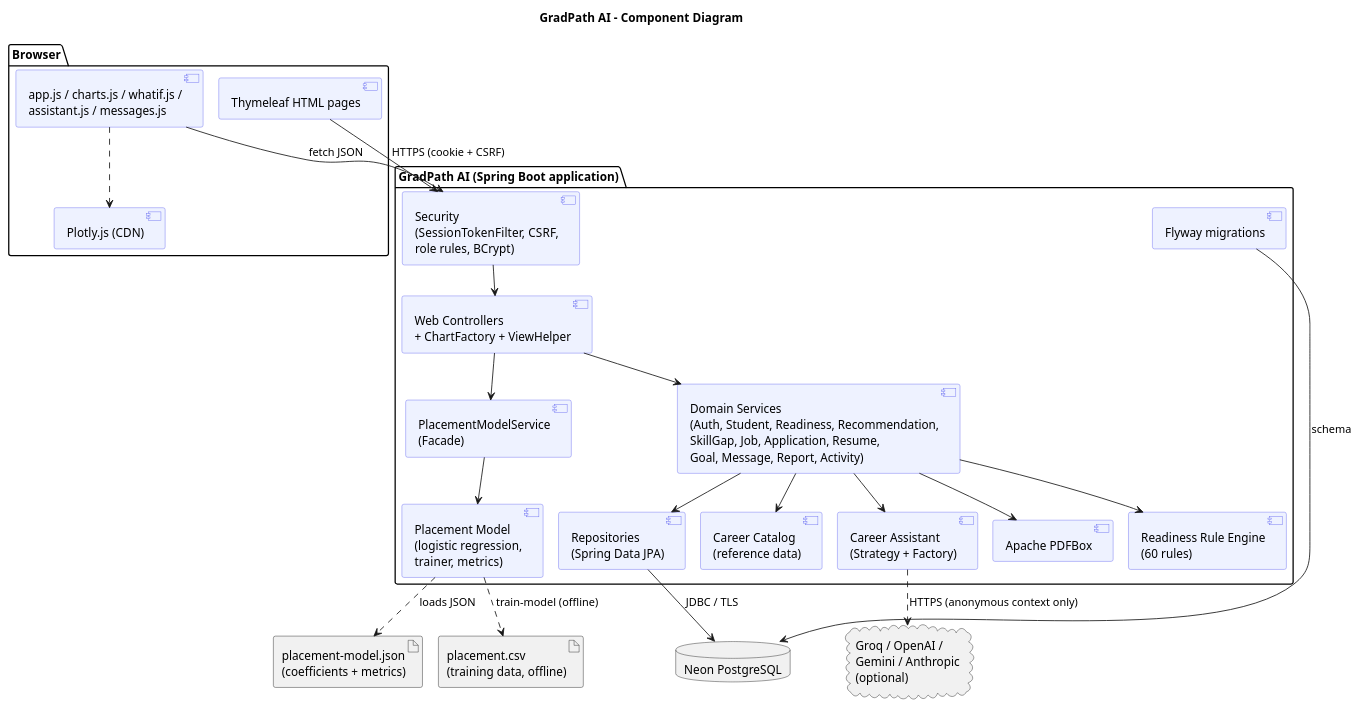
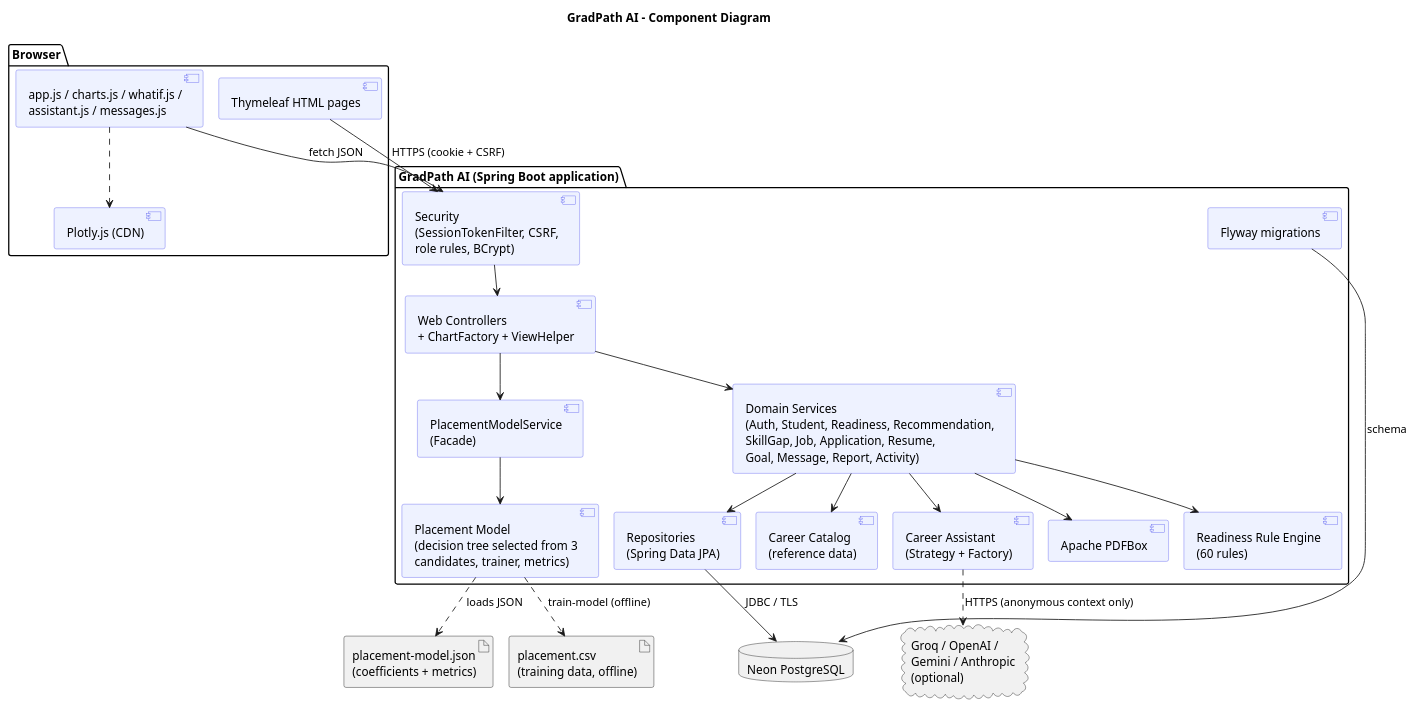
One commit to HamnaAliKhan/grad-path-ai changed the diagram in report/uml/05_component.puml. Above: the diagram before and after it, drawn with PlantUML. The commit also changed 29 other files, not shown here.

First line of the commit message:
Add OOAD report and fix About the Model charts for tree models

```diff
--- a/report/uml/05_component.puml
+++ b/report/uml/05_component.puml
@@ -1,51 +1,51 @@
 @startuml 05_component
 !pragma layout smetana
 title GradPath AI - Component Diagram
 skinparam component {
   BackgroundColor #EEF2FF
   BorderColor #6366F1
 }
 
 package "Browser" {
   [Thymeleaf HTML pages] as Pages
   [app.js / charts.js / whatif.js /\nassistant.js / messages.js] as JS
   [Plotly.js (CDN)] as Plotly
 }
 
 package "GradPath AI (Spring Boot application)" {
   [Security\n(SessionTokenFilter, CSRF,\nrole rules, BCrypt)] as Sec
   [Web Controllers\n+ ChartFactory + ViewHelper] as Web
   [Readiness Rule Engine\n(60 rules)] as Engine
-  [Placement Model\n(logistic regression,\ntrainer, metrics)] as ML
+  [Placement Model\n(decision tree selected from 3\ncandidates, trainer, metrics)] as ML
   [PlacementModelService\n(Facade)] as MLS
   [Domain Services\n(Auth, Student, Readiness, Recommendation,\nSkillGap, Job, Application, Resume,\nGoal, Message, Report, Activity)] as Services
   [Career Assistant\n(Strategy + Factory)] as Assistant
   [Career Catalog\n(reference data)] as Catalog
   [Repositories\n(Spring Data JPA)] as Repo
   [Flyway migrations] as Flyway
   [Apache PDFBox] as PDF
 }
 
 database "Neon PostgreSQL" as DB
 artifact "placement-model.json\n(coefficients + metrics)" as ModelFile
 artifact "placement.csv\n(training data, offline)" as CSV
 cloud "Groq / OpenAI /\nGemini / Anthropic\n(optional)" as LLM
 
 Pages --> Sec : HTTPS (cookie + CSRF)
 JS --> Sec : fetch JSON
 JS ..> Plotly
 Sec --> Web
 Web --> Services
 Services --> Engine
 Web --> MLS
 MLS --> ML
 ML ..> ModelFile : loads JSON
 Services --> Catalog
 Services --> Assistant
 Services --> PDF
 Services --> Repo
 Repo --> DB : JDBC / TLS
 Flyway --> DB : schema
 ML ..> CSV : train-model (offline)
 Assistant ..> LLM : HTTPS (anonymous context only)
 @enduml
```
